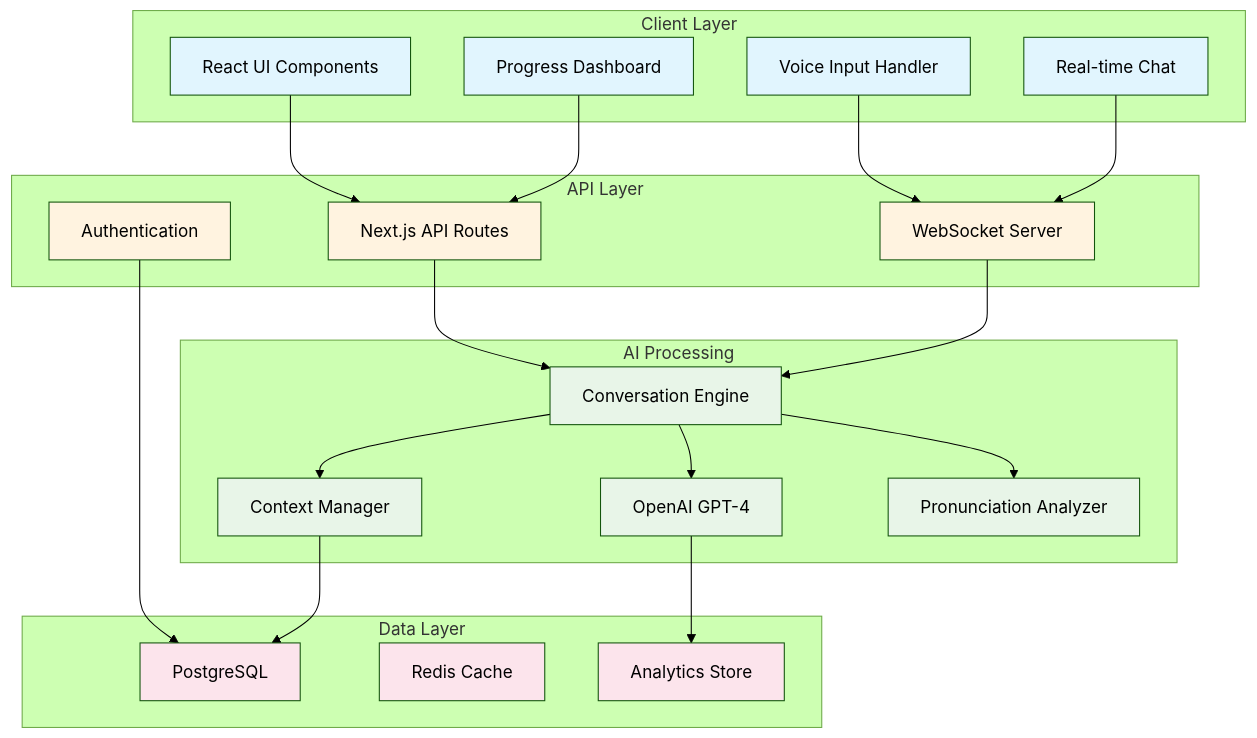
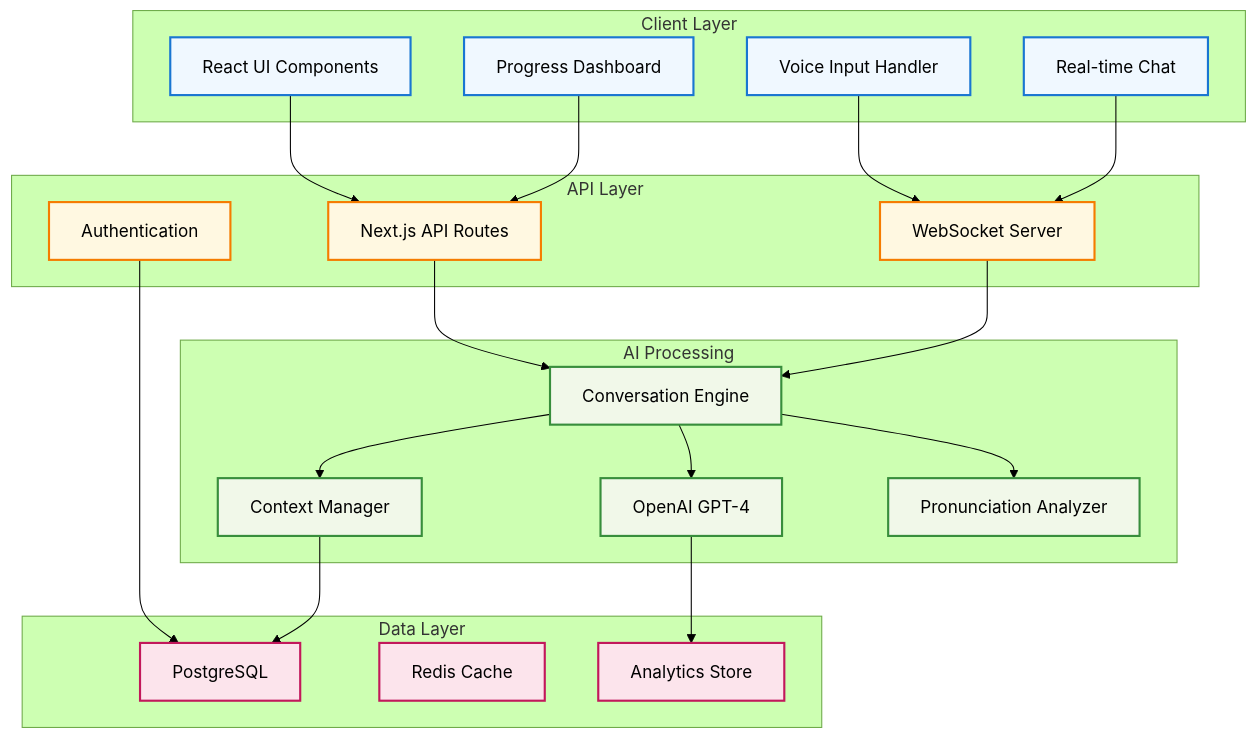
One commit to PriscillaOng12/LinguaAI changed the diagram in README.md. Above: the diagram before and after it, drawn with Mermaid (forest theme). The commit also changed other lines of this file, not shown here.

````diff
--- a/README.md
+++ b/README.md
@@ -57,53 +56,53 @@
 ```mermaid
 graph TB
     subgraph "Client Layer"
         A[React UI Components]
         B[Voice Input Handler]
         C[Real-time Chat]
         D[Progress Dashboard]
     end
     
     subgraph "API Layer"
         E[Next.js API Routes]
         F[WebSocket Server]
         G[Authentication]
     end
     
     subgraph "AI Processing"
         H[Conversation Engine]
         I[OpenAI GPT-4]
         J[Context Manager]
         K[Pronunciation Analyzer]
     end
     
     subgraph "Data Layer"
         L[PostgreSQL]
         M[Redis Cache]
         N[Analytics Store]
     end
     
     A --> E
     B --> F
     C --> F
     D --> E
     
     E --> H
     F --> H
     G --> L
     
     H --> I
     H --> J
     H --> K
     J --> L
     I --> N
     
-    classDef client fill:#e1f5fe
-    classDef api fill:#fff3e0
-    classDef ai fill:#e8f5e8
-    classDef data fill:#fce4ec
+    classDef client fill:#f0f8ff,stroke:#1976d2,stroke-width:2px,color:#000
+    classDef api fill:#fff8e1,stroke:#f57c00,stroke-width:2px,color:#000
+    classDef ai fill:#f1f8e9,stroke:#388e3c,stroke-width:2px,color:#000
+    classDef data fill:#fce4ec,stroke:#c2185b,stroke-width:2px,color:#000
     
     class A,B,C,D client
     class E,F,G api
     class H,I,J,K ai
     class L,M,N data
 ```
````
